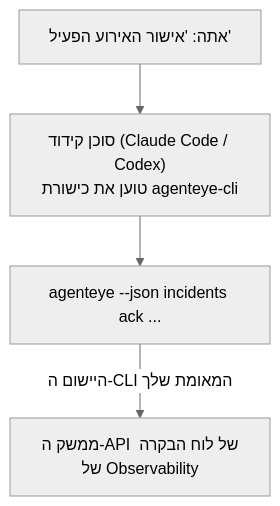
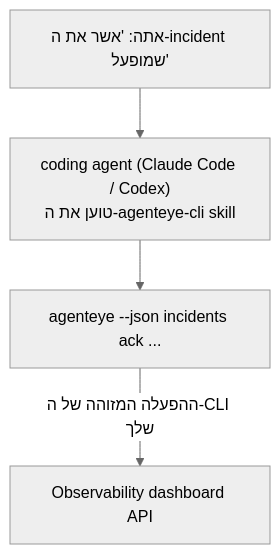
The diagram in docs/he/agenteye/cli-skill.mdx (FailproofAI/failproofai), drawn with Mermaid (neutral theme) before and after one commit. The commit also changed other lines of this file and 650 other files, not shown here.

````diff
--- a/docs/he/agenteye/cli-skill.mdx
+++ b/docs/he/agenteye/cli-skill.mdx
@@ -29,6 +29,6 @@
 ```mermaid
 flowchart TD
-    YOU["אתה: 'אישור האירוע הפעיל'"] --> AGENT["סוכן קידוד (Claude Code / Codex)<br/>טוען את כישורת agenteye-cli"]
+    YOU["אתה: 'אשר את ה-incident שמופעל'"] --> AGENT["coding agent (Claude Code / Codex)<br/>טוען את ה-agenteye-cli skill"]
     AGENT --> CLI["agenteye --json incidents ack ..."]
-    CLI -->|היישום ה-CLI המאומת שלך| API["ממשק ה-API של לוח הבקרה של Observability"]
+    CLI -->|ההפעלה המזוהה של ה-CLI שלך| API["Observability dashboard API"]
 ```
````
